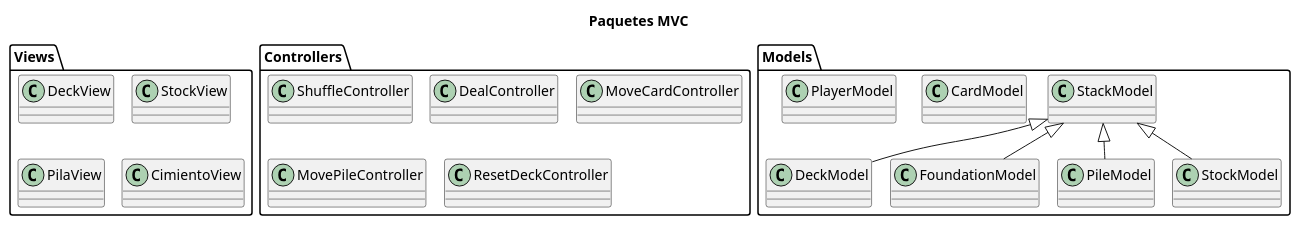
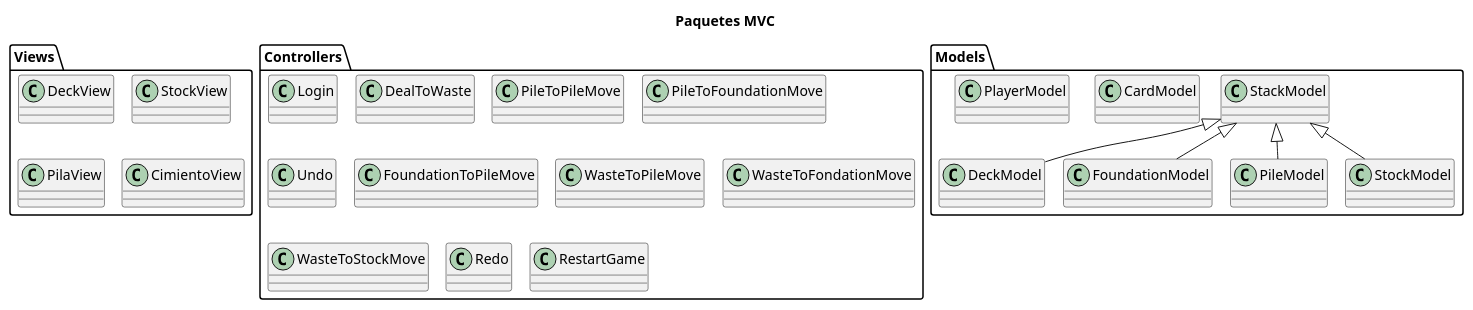
Before and after one commit to AngelOS95P/Maestria_IngSoftware_grupo6: the diagram in 3 Diagramas de Analisis/arquitectura_paquetes_mvc.plantuml, drawn with PlantUML. The commit also changed 5 other files, not shown here.

```diff
--- a/3 Diagramas de Analisis/arquitectura_paquetes_mvc.plantuml
+++ b/3 Diagramas de Analisis/arquitectura_paquetes_mvc.plantuml
@@ -1,35 +1,41 @@
 @startuml ArquitecturaMVC
 !pragma layout smetana
 title Paquetes MVC
 top to bottom direction
 ' left to right direction
 
 package Views {
     class DeckView
     class StockView
     class PilaView
     class CimientoView
 }
 
 package Controllers {
-    class ShuffleController
-    class DealController
-    class MoveCardController
-    class MovePileController
-    class ResetDeckController
+    class Login
+    class DealToWaste
+    class PileToPileMove
+    class PileToFoundationMove
+    class Undo
+    class FoundationToPileMove
+    class WasteToPileMove
+    class WasteToFondationMove
+    class WasteToStockMove
+    class Redo
+    class RestartGame
 } 
 package Models {
     class StackModel
     class CardModel
     class PlayerModel
     class DeckModel
     class FoundationModel
     class PileModel
     class StockModel
     StackModel <|-down- DeckModel
     StackModel <|-down- FoundationModel
     StackModel <|-down- PileModel
     StackModel <|-down- StockModel
 }
 
 @enduml 
```
